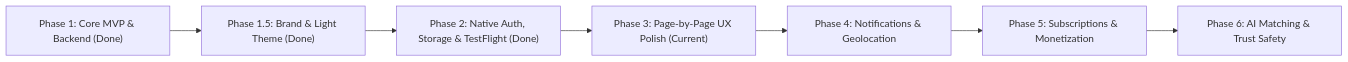
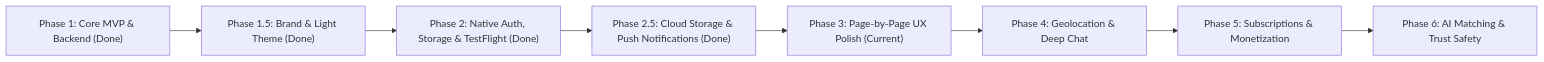
The diagram in ROADMAP.md (venky24K/crush), drawn with Mermaid before and after one commit. The commit also changed other lines of this file, not shown here.

Commit message:
docs: update roadmap with Phase 2.5 completion (cloud storage, realtime alerts, FCM push, 0ms card caching)

````diff
--- a/ROADMAP.md
+++ b/ROADMAP.md
@@ -9,9 +9,10 @@
 ```mermaid
 flowchart LR
     A["Phase 1: Core MVP & Backend (Done)"] --> B["Phase 1.5: Brand & Light Theme (Done)"]
     B --> C["Phase 2: Native Auth, Storage & TestFlight (Done)"]
-    C --> D["Phase 3: Page-by-Page UX Polish (Current)"]
-    D --> E["Phase 4: Notifications & Geolocation"]
-    E --> F["Phase 5: Subscriptions & Monetization"]
-    F --> G["Phase 6: AI Matching & Trust Safety"]
+    C --> D["Phase 2.5: Cloud Storage & Push Notifications (Done)"]
+    D --> E["Phase 3: Page-by-Page UX Polish (Current)"]
+    E --> F["Phase 4: Geolocation & Deep Chat"]
+    F --> G["Phase 5: Subscriptions & Monetization"]
+    G --> H["Phase 6: AI Matching & Trust Safety"]
 ```
````
